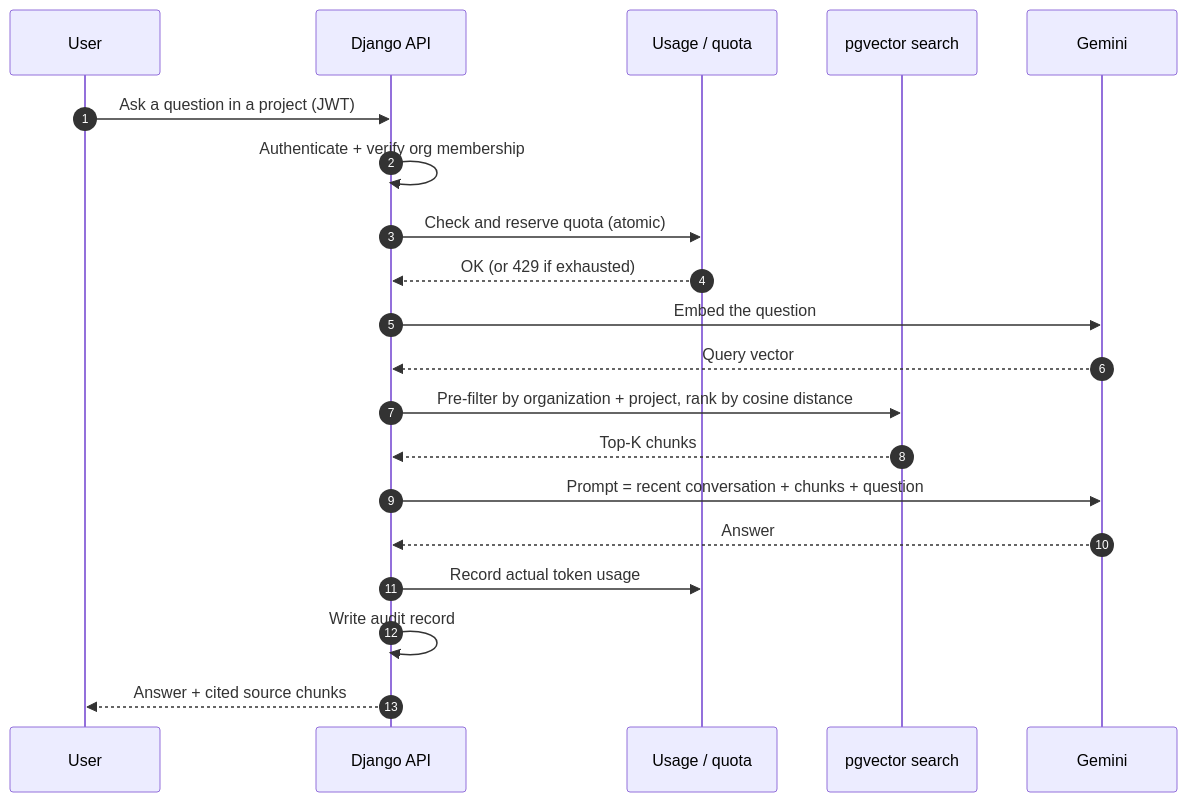
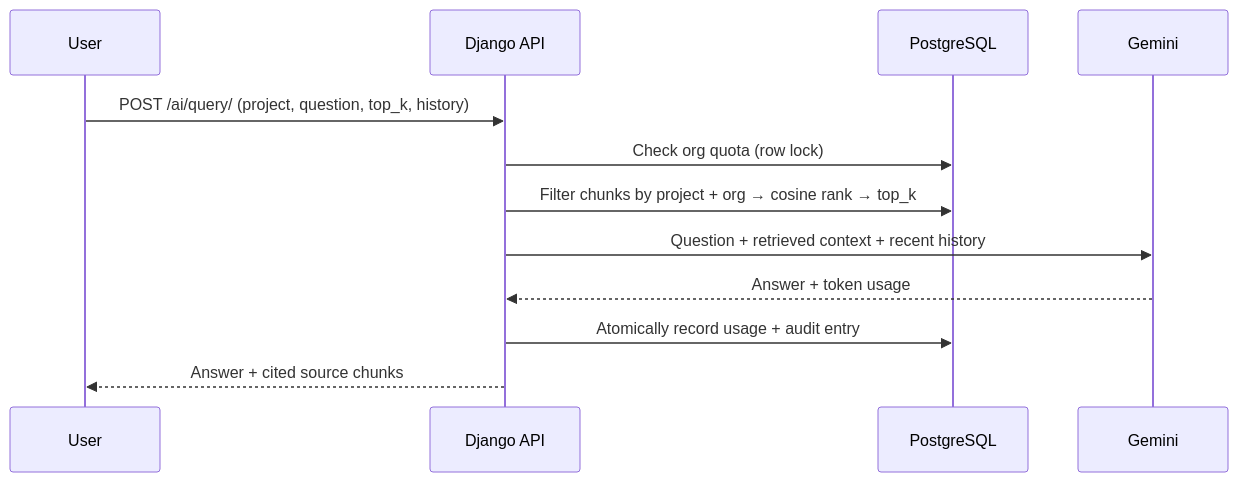
Before and after one commit to ShashankSingh2020/multi-tenant-rag-engine: the third of 3 diagrams in README.md, drawn with Mermaid. The commit also changed other lines of this file, not shown here.

````diff
--- a/README.md
+++ b/README.md
@@ -205,23 +97,15 @@
 ```mermaid
 sequenceDiagram
-    autonumber
     participant U as User
     participant A as Django API
-    participant Q as Usage / quota
-    participant V as pgvector search
+    participant D as PostgreSQL
     participant G as Gemini
 
-    U->>A: Ask a question in a project (JWT)
-    A->>A: Authenticate + verify org membership
-    A->>Q: Check and reserve quota (atomic)
-    Q-->>A: OK (or 429 if exhausted)
-    A->>G: Embed the question
-    G-->>A: Query vector
-    A->>V: Pre-filter by organization + project, rank by cosine distance
-    V-->>A: Top-K chunks
-    A->>G: Prompt = recent conversation + chunks + question
-    G-->>A: Answer
-    A->>Q: Record actual token usage
-    A->>A: Write audit record
+    U->>A: POST /ai/query/ (project, question, top_k, history)
+    A->>D: Check org quota (row lock)
+    A->>D: Filter chunks by project + org → cosine rank → top_k
+    A->>G: Question + retrieved context + recent history
+    G-->>A: Answer + token usage
+    A->>D: Atomically record usage + audit entry
     A-->>U: Answer + cited source chunks
 ```
````
